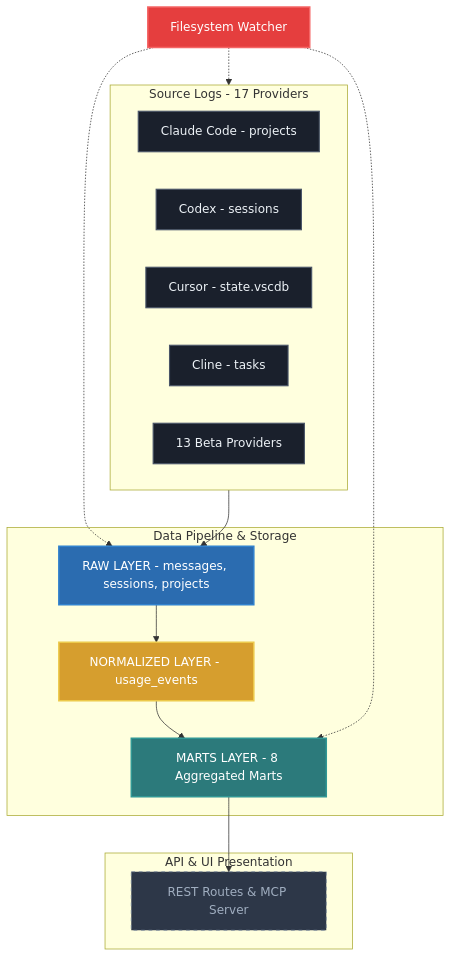
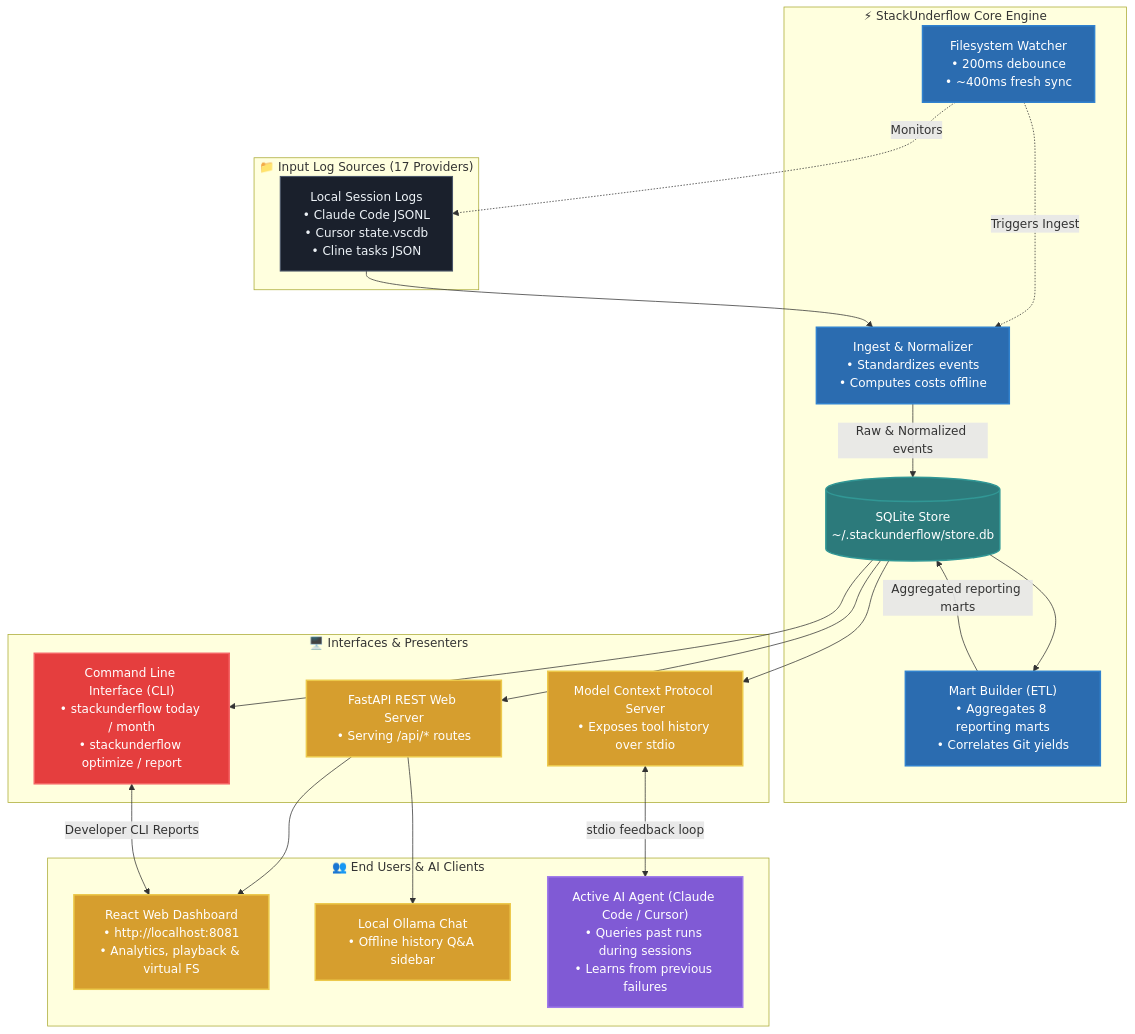
The diagram in README.md (0bserver07/StackUnderflow), drawn with Mermaid before and after one commit. The commit also changed other lines of this file, not shown here.

Commit message:
docs: add comprehensive CLI Tour section with visual terminal examples to README.md

````diff
--- a/README.md
+++ b/README.md
@@ -142,48 +207,65 @@
 ```mermaid
-graph TD
-    %% Theme Definitions for High Legibility on Dark & Light Themes
+flowchart TD
+    %% Theme Styling for Dark & Light Mode Legibility
     classDef source fill:#1A202C,stroke:#4A5568,stroke-width:1.5px,color:#EDF2F7;
-    classDef raw fill:#2B6CB0,stroke:#3182CE,stroke-width:2px,color:#FFF;
-    classDef normalized fill:#D69E2E,stroke:#ECC94B,stroke-width:2px,color:#FFF;
-    classDef marts fill:#2C7A7B,stroke:#319795,stroke-width:2px,color:#FFF;
-    classDef routes fill:#2D3748,stroke:#718096,stroke-dasharray: 5 5,color:#A0AEC0;
-    classDef watcher fill:#E53E3E,stroke:#F56565,stroke-width:2px,color:#FFF;
+    classDef pipeline fill:#2B6CB0,stroke:#3182CE,stroke-width:2px,color:#FFF;
+    classDef db fill:#2C7A7B,stroke:#319795,stroke-width:2px,color:#FFF;
+    classDef interface fill:#D69E2E,stroke:#ECC94B,stroke-width:2px,color:#FFF;
+    classDef cli fill:#E53E3E,stroke:#F56565,stroke-width:2px,color:#FFF;
+    classDef agent fill:#805AD5,stroke:#9F7AEA,stroke-width:2px,color:#FFF;
 
-    subgraph Sources [Source Logs - 17 Providers]
-        S1[Claude Code - projects]
-        S2[Codex - sessions]
-        S3[Cursor - state.vscdb]
-        S4[Cline - tasks]
-        S5[13 Beta Providers]
+    %% 1. Log Sources
+    subgraph Sources ["📁 Input Log Sources (17 Providers)"]
+        Logs["Local Session Logs<br/>• Claude Code JSONL<br/>• Cursor state.vscdb<br/>• Cline tasks JSON"]
     end
-    class S1,S2,S3,S4,S5 source;
+    class Logs source;
 
-    subgraph Pipeline [Data Pipeline & Storage]
-        Raw[RAW LAYER - messages, sessions, projects]
-        Norm[NORMALIZED LAYER - usage_events]
-        Marts[MARTS LAYER - 8 Aggregated Marts]
+    %% 2. Background Processing
+    subgraph Engine ["⚡ StackUnderflow Core Engine"]
+        Watcher["Filesystem Watcher<br/>• 200ms debounce<br/>• ~400ms fresh sync"]
+        Ingest["Ingest & Normalizer<br/>• Standardizes events<br/>• Computes costs offline"]
+        Store[("SQLite Store<br/>~/.stackunderflow/store.db")]
+        ETL["Mart Builder (ETL)<br/>• Aggregates 8 reporting marts<br/>• Correlates Git yields"]
     end
-    class Raw raw;
-    class Norm normalized;
-    class Marts marts;
+    class Watcher,Ingest,ETL pipeline;
+    class Store db;
 
-    subgraph Presentation [API & UI Presentation]
-        Routes[REST Routes & MCP Server]
+    %% 3. Interfaces & Presentation
+    subgraph Frontends ["🖥️ Interfaces & Presenters"]
+        API["FastAPI REST Web Server<br/>• Serving /api/* routes"]
+        MCP["Model Context Protocol Server<br/>• Exposes tool history over stdio"]
+        CLI["Command Line Interface (CLI)<br/>• stackunderflow today / month<br/>• stackunderflow optimize / report"]
     end
-    class Routes routes;
+    class API,MCP interface;
+    class CLI cli;
 
-    %% Watcher Service
-    Watcher[Filesystem Watcher]
-    class Watcher watcher;
+    %% 4. Client / End User Applications
+    subgraph Clients ["👥 End Users & AI Clients"]
+        Dashboard["React Web Dashboard<br/>• http://localhost:8081<br/>• Analytics, playback & virtual FS"]
+        Ollama["Local Ollama Chat<br/>• Offline history Q&A sidebar"]
+        Agent["Active AI Agent (Claude Code / Cursor)<br/>• Queries past runs during sessions<br/>• Learns from previous failures"]
+    end
+    class Dashboard,Ollama interface;
+    class Agent agent;
 
-    %% Data Flow Connections
-    Sources --> Raw
-    Raw --> Norm
-    Norm --> Marts
-    Marts --> Routes
+    %% Watcher Loop
+    Watcher -.->|Monitors| Logs
+    Watcher -.->|Triggers Ingest| Ingest
 
-    %% Watcher Connections
-    Watcher -.-> Sources
-    Watcher -.-> Raw
-    Watcher -.-> Marts
+    %% Data Pipeline Flow
+    Logs --> Ingest
+    Ingest -->|Raw & Normalized events| Store
+    Store --> ETL
+    ETL -->|Aggregated reporting marts| Store
+
+    %% Access Points
+    Store --> API
+    Store --> MCP
+    Store --> CLI
+
+    %% Client Delivery
+    API --> Dashboard
+    API --> Ollama
+    MCP <-->|stdio feedback loop| Agent
+    CLI <-->|Developer CLI Reports| Dashboard
 ```
````
